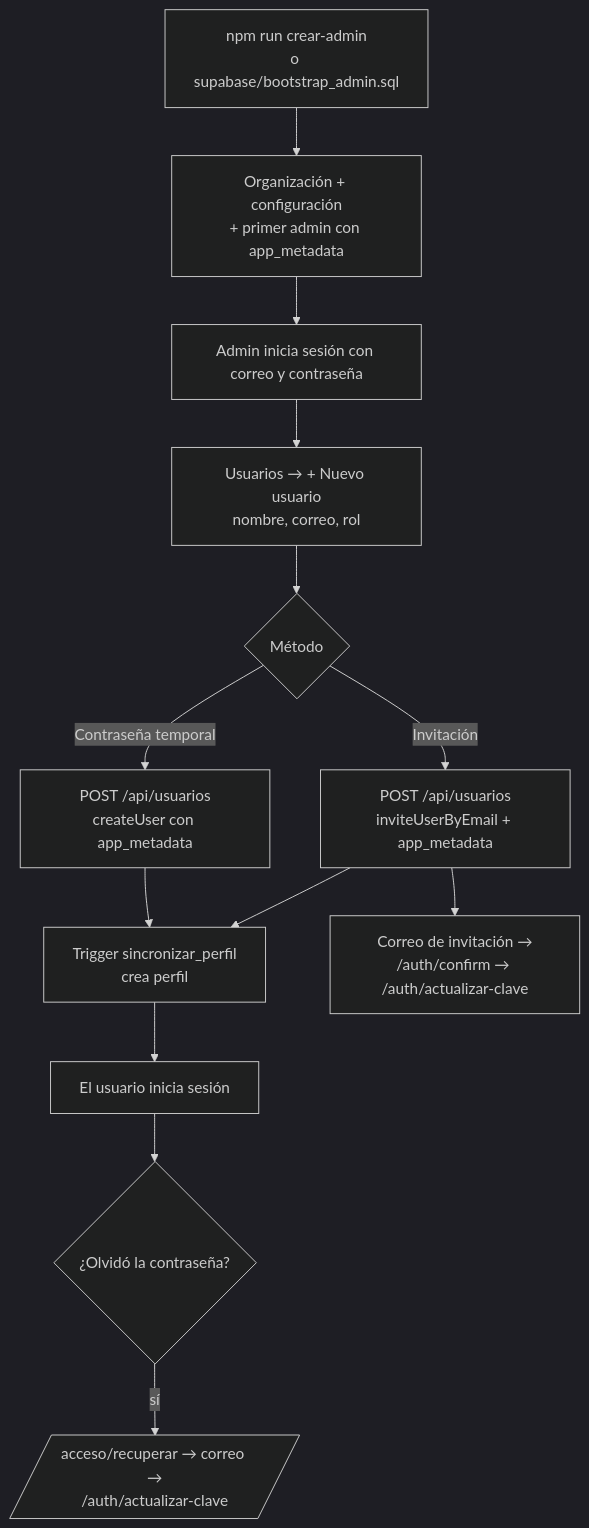
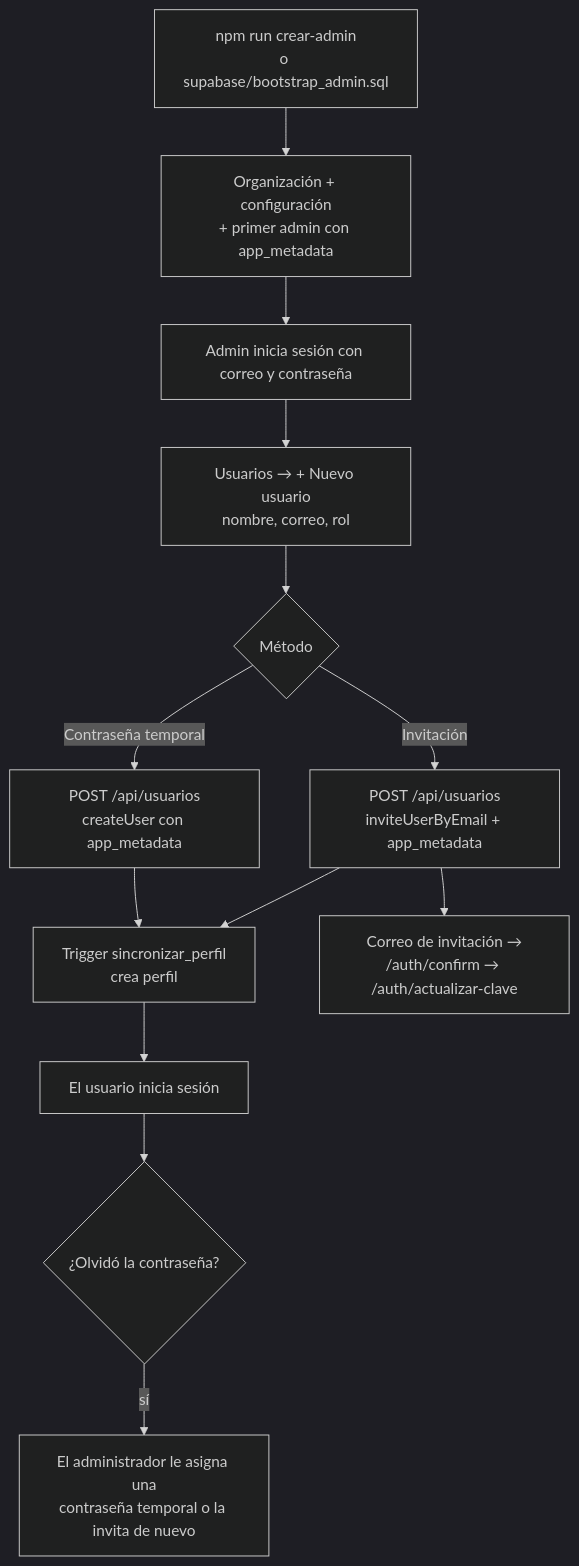
One commit to Cristianlinktic/dashboard-costos-moda changed the second of 2 diagrams in docs/04-flujo-registro-producto.md. Above: the diagram before and after it, drawn with Mermaid (dark theme). The commit also changed 9 other files, not shown here.

````diff
--- a/docs/04-flujo-registro-producto.md
+++ b/docs/04-flujo-registro-producto.md
@@ -45,15 +45,15 @@
 ```mermaid
 flowchart TD
   A[npm run crear-admin<br/>o supabase/bootstrap_admin.sql] --> B[Organización + configuración<br/>+ primer admin con app_metadata]
   B --> C[Admin inicia sesión con correo y contraseña]
   C --> D[Usuarios → + Nuevo usuario<br/>nombre, correo, rol]
   D --> E{Método}
   E -- Contraseña temporal --> F[POST /api/usuarios<br/>createUser con app_metadata]
   E -- Invitación --> G[POST /api/usuarios<br/>inviteUserByEmail + app_metadata]
   F --> H[Trigger sincronizar_perfil<br/>crea perfil]
   G --> H
   G --> I[Correo de invitación →<br/>/auth/confirm → /auth/actualizar-clave]
   H --> J[El usuario inicia sesión]
   J --> K{¿Olvidó la contraseña?}
-  K -- sí --> L[/acceso/recuperar → correo →<br/>/auth/actualizar-clave/]
+  K -- sí --> L[El administrador le asigna una<br/>contraseña temporal o la invita de nuevo]
 ```
````
